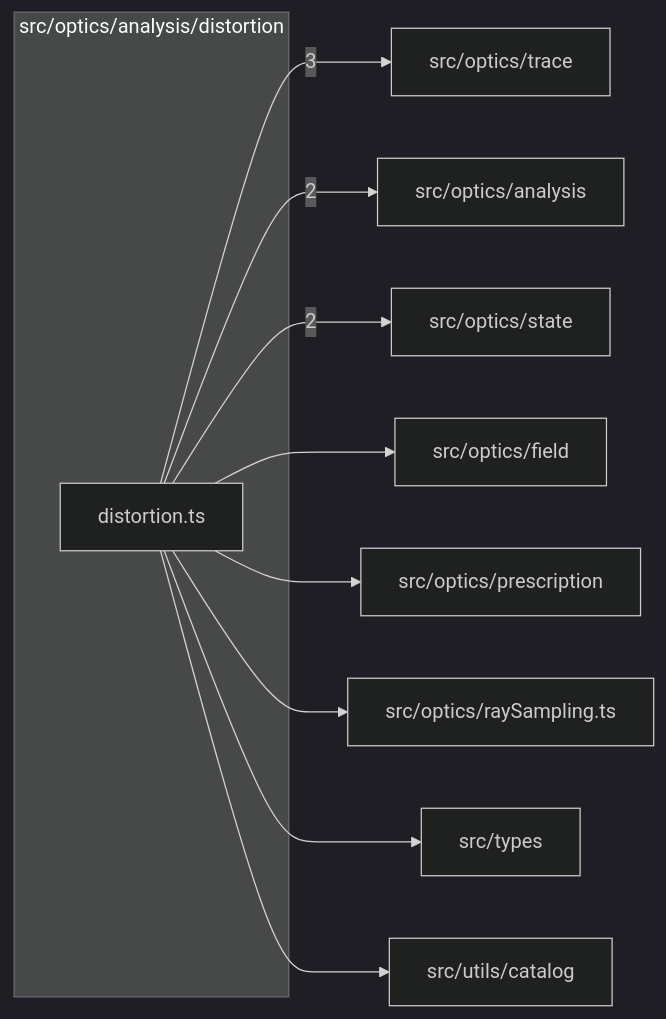
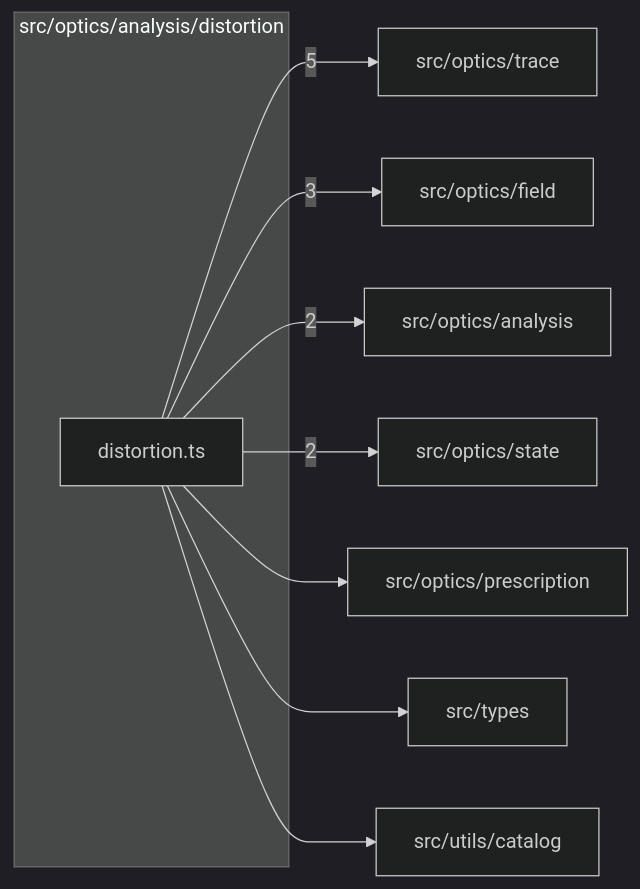
The diagram in src/optics/analysis/distortion/readme.md (ronbuening/LensVisualizer), drawn with Mermaid (dark theme) before and after one commit. The commit also changed other lines of this file and 439 other files, not shown here.

````diff
--- a/src/optics/analysis/distortion/readme.md
+++ b/src/optics/analysis/distortion/readme.md
@@ -9,22 +9,20 @@
 ```mermaid
 flowchart LR
   subgraph n_src_optics_analysis_distortion["src/optics/analysis/distortion"]
     n_src_optics_analysis_distortion_src_optics_analysis_distortion_distortion_ts["distortion.ts"]
   end
   n_external_src_optics_trace["src/optics/trace"]
+  n_external_src_optics_field["src/optics/field"]
   n_external_src_optics_analysis["src/optics/analysis"]
   n_external_src_optics_state["src/optics/state"]
-  n_external_src_optics_field["src/optics/field"]
   n_external_src_optics_prescription["src/optics/prescription"]
-  n_external_src_optics_raySampling_ts["src/optics/raySampling.ts"]
   n_external_src_types["src/types"]
   n_external_src_utils_catalog["src/utils/catalog"]
-  n_src_optics_analysis_distortion_src_optics_analysis_distortion_distortion_ts --> |3| n_external_src_optics_trace
+  n_src_optics_analysis_distortion_src_optics_analysis_distortion_distortion_ts --> |5| n_external_src_optics_trace
+  n_src_optics_analysis_distortion_src_optics_analysis_distortion_distortion_ts --> |3| n_external_src_optics_field
   n_src_optics_analysis_distortion_src_optics_analysis_distortion_distortion_ts --> |2| n_external_src_optics_analysis
   n_src_optics_analysis_distortion_src_optics_analysis_distortion_distortion_ts --> |2| n_external_src_optics_state
-  n_src_optics_analysis_distortion_src_optics_analysis_distortion_distortion_ts --> n_external_src_optics_field
   n_src_optics_analysis_distortion_src_optics_analysis_distortion_distortion_ts --> n_external_src_optics_prescription
-  n_src_optics_analysis_distortion_src_optics_analysis_distortion_distortion_ts --> n_external_src_optics_raySampling_ts
   n_src_optics_analysis_distortion_src_optics_analysis_distortion_distortion_ts --> n_external_src_types
   n_src_optics_analysis_distortion_src_optics_analysis_distortion_distortion_ts --> n_external_src_utils_catalog
 ```
````
